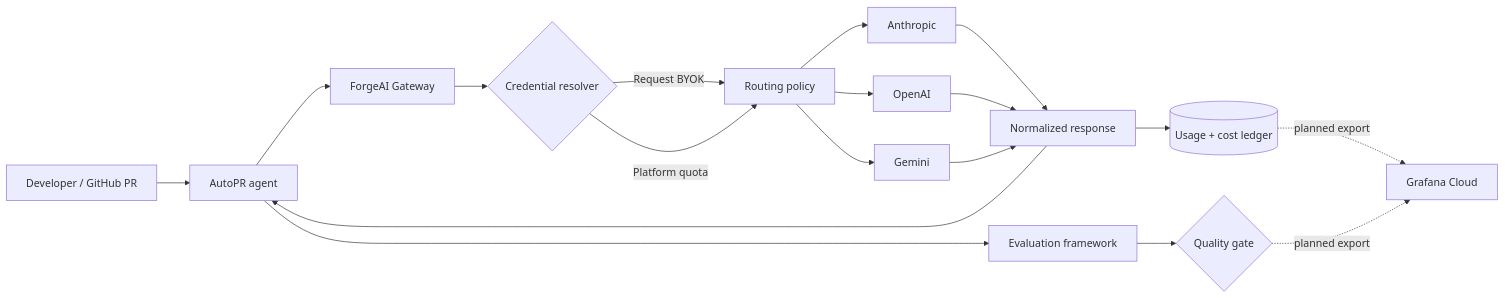
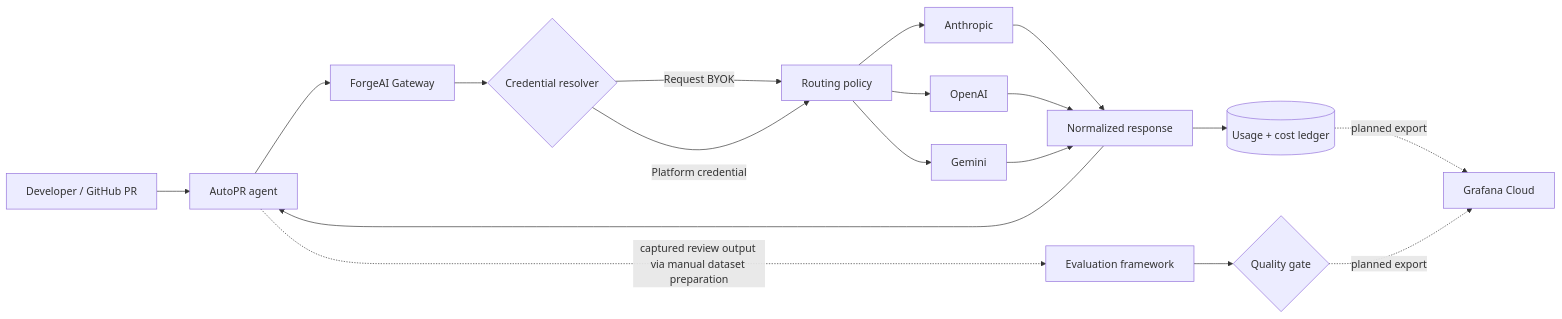
Before and after one commit to Sidd-Tiwari/ForgeAI: the first of 2 diagrams in README.md, drawn with Mermaid. The commit also changed other lines of this file and 2 other files, not shown here.

First line of the commit message:
docs(architecture): reconcile built and planned boundaries

````diff
--- a/README.md
+++ b/README.md
@@ -13,17 +13,17 @@
 ```mermaid
 flowchart LR
   GH[Developer / GitHub PR] --> AP[AutoPR agent]
   AP --> GW[ForgeAI Gateway]
   GW --> CR{Credential resolver}
   CR -->|Request BYOK| RT[Routing policy]
-  CR -->|Platform quota| RT
+  CR -->|Platform credential| RT
   RT --> AN[Anthropic]
   RT --> OA[OpenAI]
   RT --> GE[Gemini]
   AN & OA & GE --> NR[Normalized response]
   NR --> UL[(Usage + cost ledger)]
   NR --> AP
-  AP --> EV[Evaluation framework]
+  AP -. captured review output via manual dataset preparation .-> EV[Evaluation framework]
   EV --> QC{Quality gate}
   UL & QC -. planned export .-> GF[Grafana Cloud]
 ```
````
